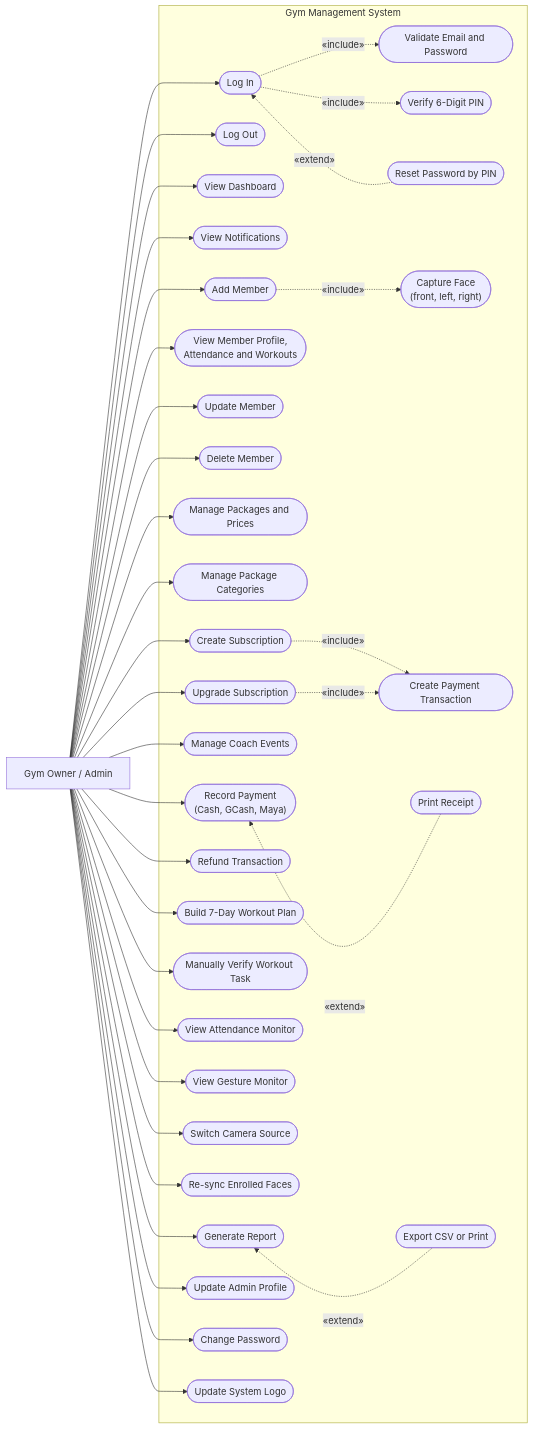
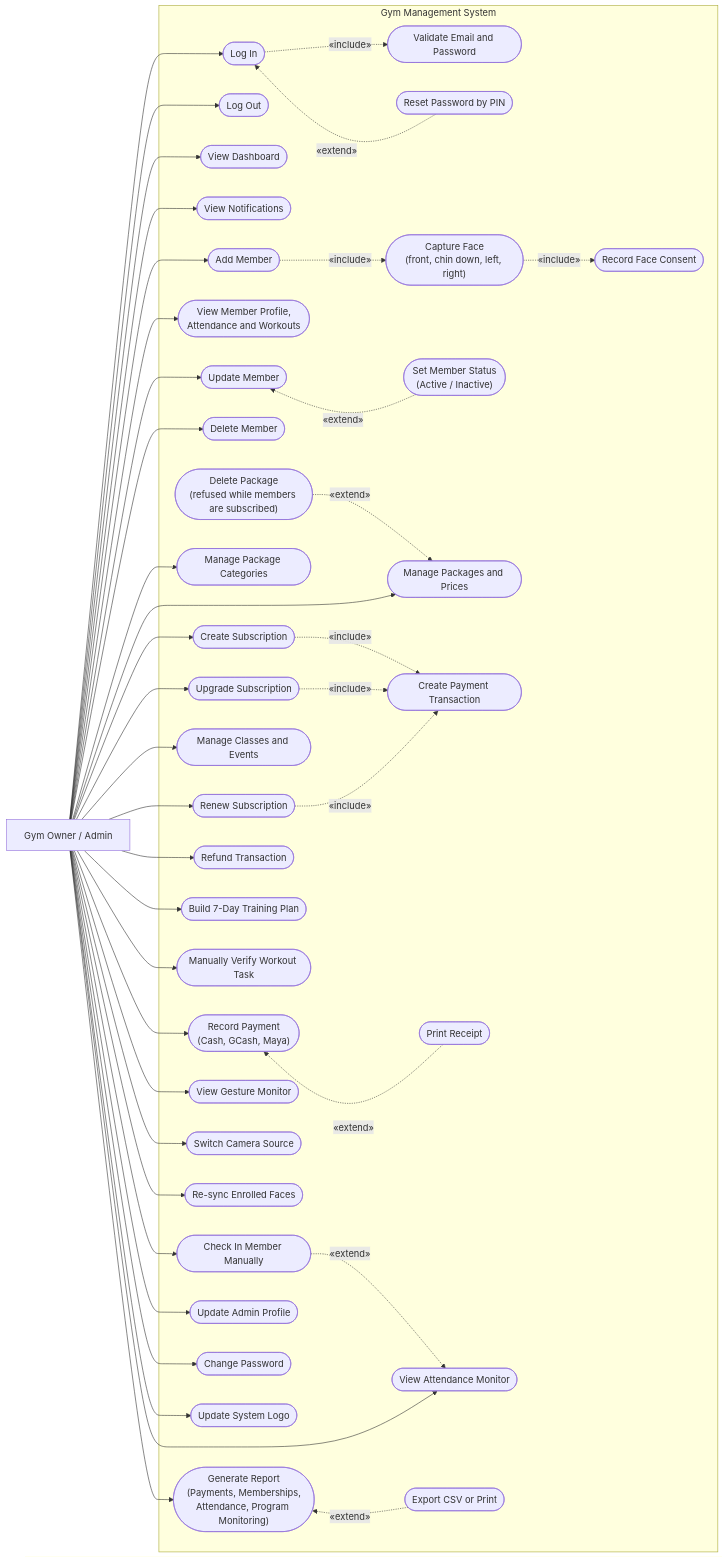
The second of 4 diagrams in DOCUMENTATION/USECASE DIAGRAM/usecase.md (Plonteras191/GYM2-CAPSTONE), drawn with Mermaid before and after one commit. The commit also changed other lines of this file and 10 other files, not shown here.

First line of the commit message:
docs(diagrams): update the DOCUMENTATION diagram write-ups to the current system

```diff
--- a/DOCUMENTATION/USECASE DIAGRAM/usecase.md
+++ b/DOCUMENTATION/USECASE DIAGRAM/usecase.md
@@ -75,7 +74,6 @@
     subgraph Boundary ["Gym Management System"]
         Login(["Log In"])
         ValCred(["Validate Email and Password"])
-        VerPin(["Verify 6-Digit PIN"])
         Reset(["Reset Password by PIN"])
         Logout(["Log Out"])
 
@@ -83,31 +81,36 @@
         Notif(["View Notifications"])
 
         AddMem(["Add Member"])
-        Face(["Capture Face<br/>(front, left, right)"])
+        Face(["Capture Face<br/>(front, chin down, left, right)"])
+        Consent(["Record Face Consent"])
         ViewMem(["View Member Profile,<br/>Attendance and Workouts"])
         UpdMem(["Update Member"])
+        SetStatus(["Set Member Status<br/>(Active / Inactive)"])
         DelMem(["Delete Member"])
 
         Pack(["Manage Packages and Prices"])
+        DelPack(["Delete Package<br/>(refused while members are subscribed)"])
         Cat(["Manage Package Categories"])
         NewSub(["Create Subscription"])
         UpSub(["Upgrade Subscription"])
+        RenewSub(["Renew Subscription"])
         AutoPay(["Create Payment Transaction"])
-        Events(["Manage Coach Events"])
+        Events(["Manage Classes and Events"])
 
         Pay(["Record Payment<br/>(Cash, GCash, Maya)"])
         Receipt(["Print Receipt"])
         Refund(["Refund Transaction"])
 
-        Plan(["Build 7-Day Workout Plan"])
+        Plan(["Build 7-Day Training Plan"])
         Manual(["Manually Verify Workout Task"])
 
         AttMon(["View Attendance Monitor"])
+        ManualIn(["Check In Member Manually"])
         GesMon(["View Gesture Monitor"])
         Switch(["Switch Camera Source"])
         Sync(["Re-sync Enrolled Faces"])
 
-        Report(["Generate Report"])
+        Report(["Generate Report<br/>(Payments, Memberships,<br/>Attendance, Program Monitoring)"])
         Export(["Export CSV or Print"])
 
         Profile(["Update Admin Profile"])
@@ -115,14 +118,19 @@
         Logo(["Update System Logo"])
 
         Login -.->|"«include»"| ValCred
-        Login -.->|"«include»"| VerPin
         Login ~~~ Reset
         Reset -.->|"«extend»"| Login
         AddMem -.->|"«include»"| Face
+        Face -.->|"«include»"| Consent
+        UpdMem ~~~ SetStatus
+        SetStatus -.->|"«extend»"| UpdMem
+        DelPack -.->|"«extend»"| Pack
         NewSub -.->|"«include»"| AutoPay
         UpSub -.->|"«include»"| AutoPay
+        RenewSub -.->|"«include»"| AutoPay
         Pay ~~~ Receipt
         Receipt -.->|"«extend»"| Pay
+        ManualIn -.->|"«extend»"| AttMon
         Report ~~~ Export
         Export -.->|"«extend»"| Report
     end
@@ -139,12 +147,14 @@
     Admin --> Cat
     Admin --> NewSub
     Admin --> UpSub
+    Admin --> RenewSub
     Admin --> Events
     Admin --> Pay
     Admin --> Refund
     Admin --> Plan
     Admin --> Manual
     Admin --> AttMon
+    Admin --> ManualIn
     Admin --> GesMon
     Admin --> Switch
     Admin --> Sync
```
